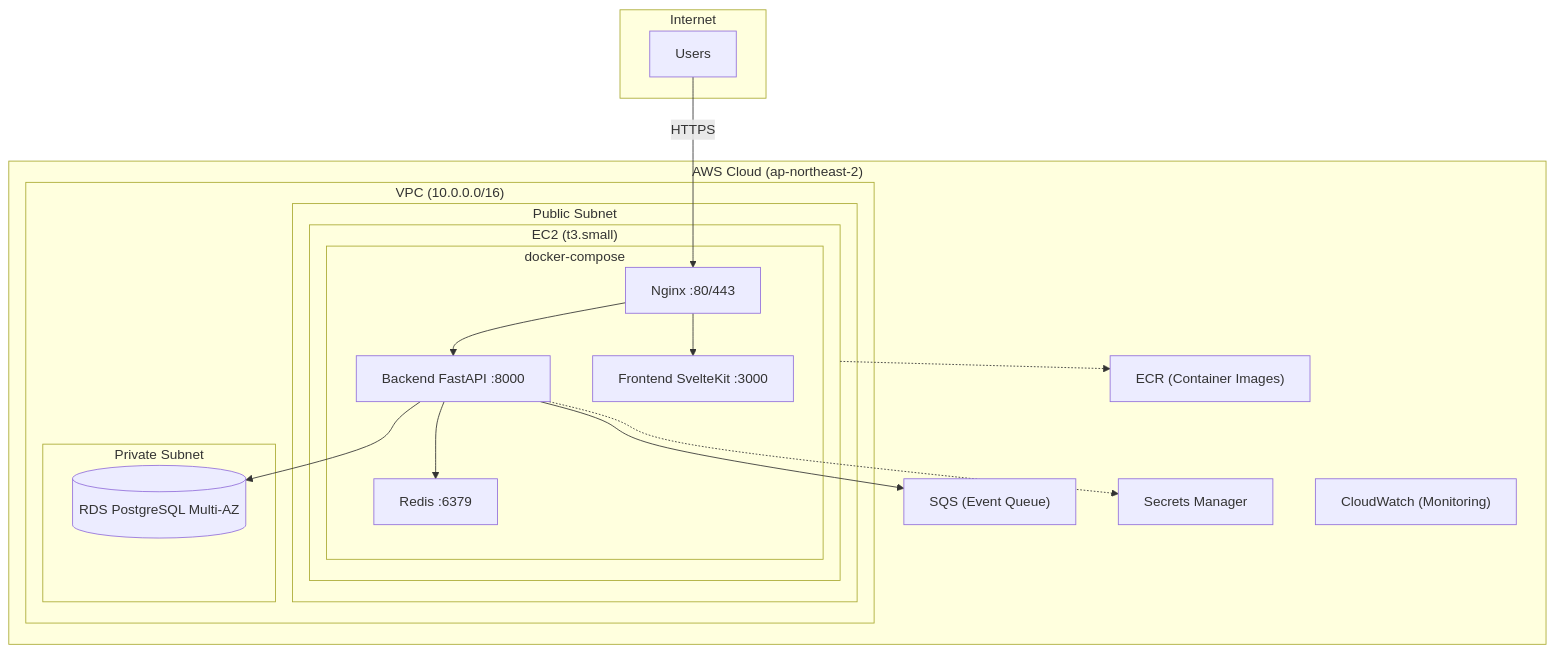
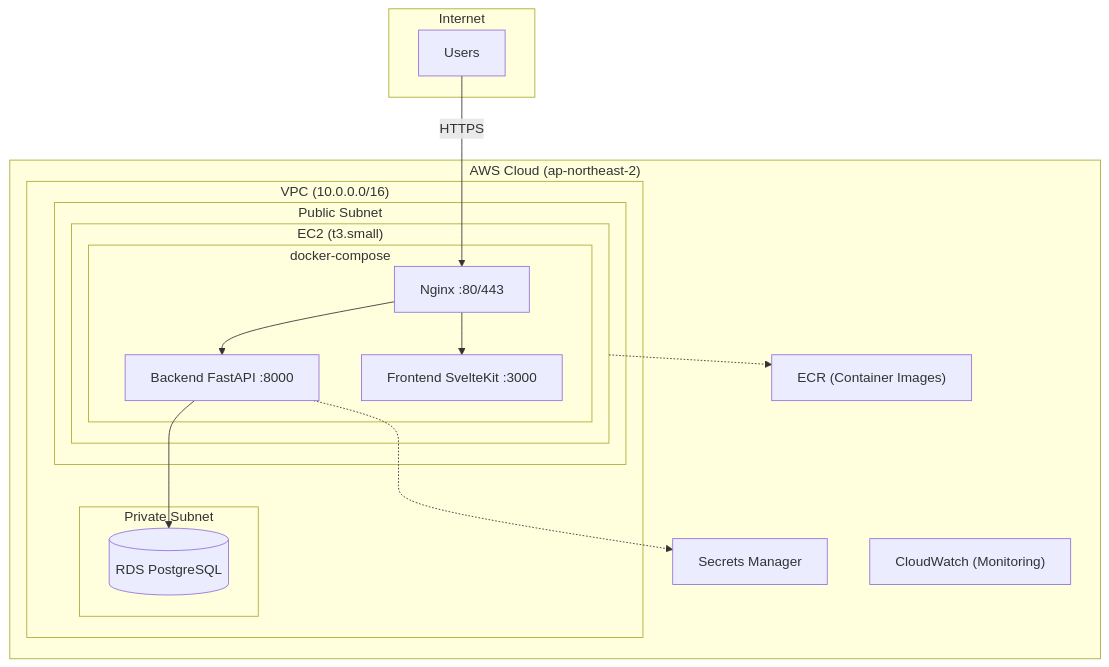
Before and after one commit to Sogang-Computer-Club/sogangcomputerclub.org: the first of 3 diagrams in README.md, drawn with Mermaid. The commit also changed other lines of this file and 26 other files, not shown here.

````diff
--- a/README.md
+++ b/README.md
@@ -26,39 +26,35 @@
 ```mermaid
 flowchart TB
     subgraph Internet
         Users[Users]
     end
 
     subgraph AWS["AWS Cloud (ap-northeast-2)"]
         subgraph VPC["VPC (10.0.0.0/16)"]
             subgraph PublicSubnet["Public Subnet"]
                 subgraph EC2["EC2 (t3.small)"]
                     subgraph Docker["docker-compose"]
                         Nginx["Nginx :80/443"]
                         Backend["Backend FastAPI :8000"]
                         Frontend["Frontend SvelteKit :3000"]
-                        Redis["Redis :6379"]
                     end
                 end
             end
 
             subgraph PrivateSubnet["Private Subnet"]
-                RDS[("RDS PostgreSQL Multi-AZ")]
+                RDS[("RDS PostgreSQL")]
             end
         end
 
         ECR["ECR (Container Images)"]
-        SQS["SQS (Event Queue)"]
         Secrets["Secrets Manager"]
         CloudWatch["CloudWatch (Monitoring)"]
     end
 
     Users -->|HTTPS| Nginx
     Nginx --> Backend
     Nginx --> Frontend
-    Backend --> Redis
     Backend --> RDS
-    Backend --> SQS
     Backend -.-> Secrets
     EC2 -.-> ECR
 ```
````
